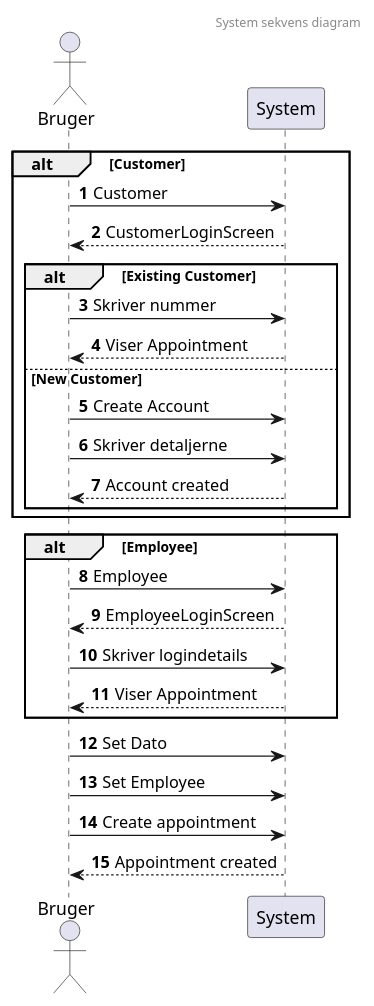
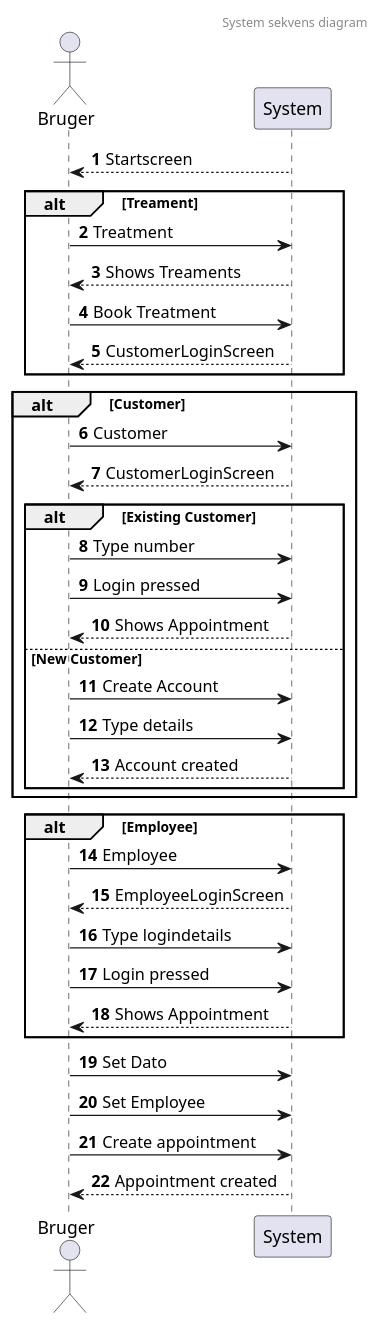
The diagram in src/main/resources/Diagrams/Sequence1.plantuml (Emilkroldrup/2semesterprojekt), drawn with PlantUML before and after one commit.

```diff
--- a/src/main/resources/Diagrams/Sequence1.plantuml
+++ b/src/main/resources/Diagrams/Sequence1.plantuml
@@ -1,39 +1,49 @@
 @startuml
 'https://plantuml.com/sequence-diagram
 
 autonumber
 
 header System sekvens diagram
 actor Bruger
+  Bruger <-- System: Startscreen
+
+  alt Treament
+      Bruger -> System: Treatment
+      Bruger <-- System: Shows Treaments
+      Bruger -> System: Book Treatment
+      Bruger <-- System: CustomerLoginScreen
+  end
 
 alt Customer
 
     Bruger -> System: Customer
     Bruger <-- System: CustomerLoginScreen
 
     alt Existing Customer
-        Bruger -> System: Skriver nummer
-        Bruger <-- System: Viser Appointment
+        Bruger -> System: Type number
+        Bruger -> System: Login pressed
+        Bruger <-- System: Shows Appointment
     else New Customer
         Bruger -> System: Create Account
-        Bruger -> System: Skriver detaljerne
+        Bruger -> System: Type details
         Bruger <-- System: Account created
 
     end
 
 end
 
 alt Employee
     Bruger -> System: Employee
     Bruger <-- System: EmployeeLoginScreen
-    Bruger -> System: Skriver logindetails
-    Bruger <-- System: Viser Appointment
+    Bruger -> System: Type logindetails
+     Bruger -> System: Login pressed
+    Bruger <-- System: Shows Appointment
 end
 
 
 Bruger -> System: Set Dato
 Bruger -> System: Set Employee
 Bruger -> System: Create appointment
 Bruger <-- System: Appointment created
 
 @enduml
```
